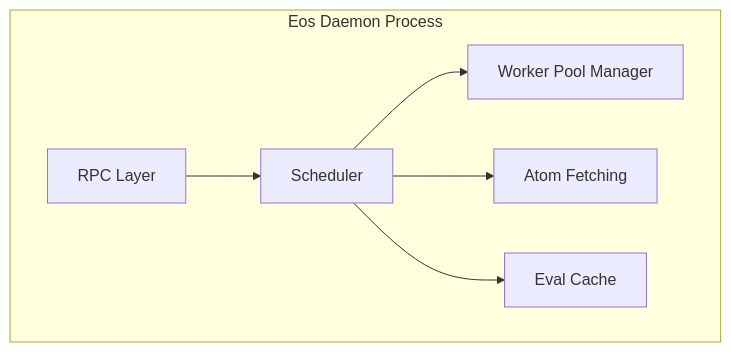
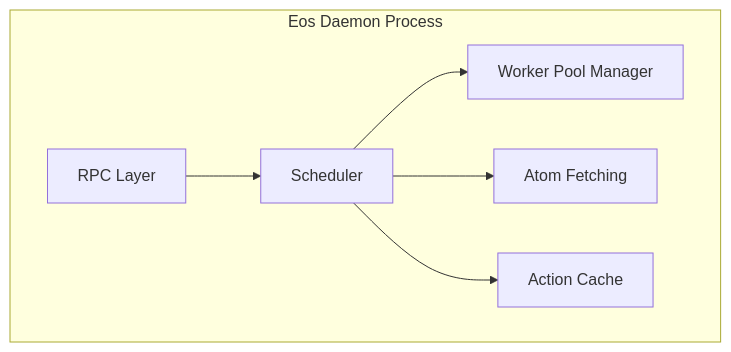
The third of 9 diagrams in docs/architecture/eos-sad.md (axiosoph/axios), drawn with Mermaid before and after one commit. The commit also changed other lines of this file, not shown here.

````diff
--- a/docs/architecture/eos-sad.md
+++ b/docs/architecture/eos-sad.md
@@ -286,15 +293,15 @@
 ```mermaid
 graph TB
     subgraph "Eos Daemon Process"
         RPC["RPC Layer"]
         SCHED["Scheduler"]
         WPOOL["Worker Pool Manager"]
         ARES["Atom Fetching"]
-        ECACHE["Eval Cache"]
+        ACACHE["Action Cache"]
     end
 
     RPC --> SCHED
     SCHED --> WPOOL
     SCHED --> ARES
-    SCHED --> ECACHE
+    SCHED --> ACACHE
 ```
````
